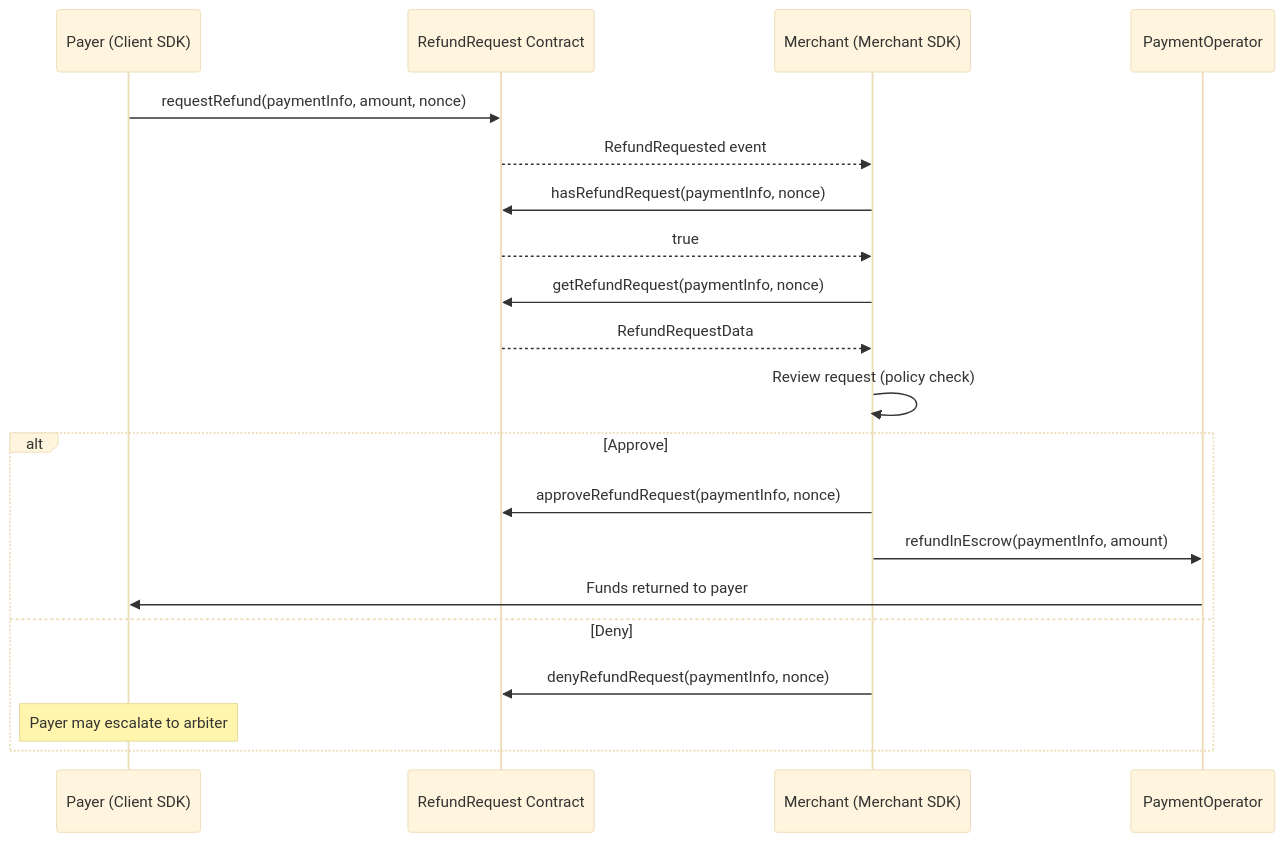
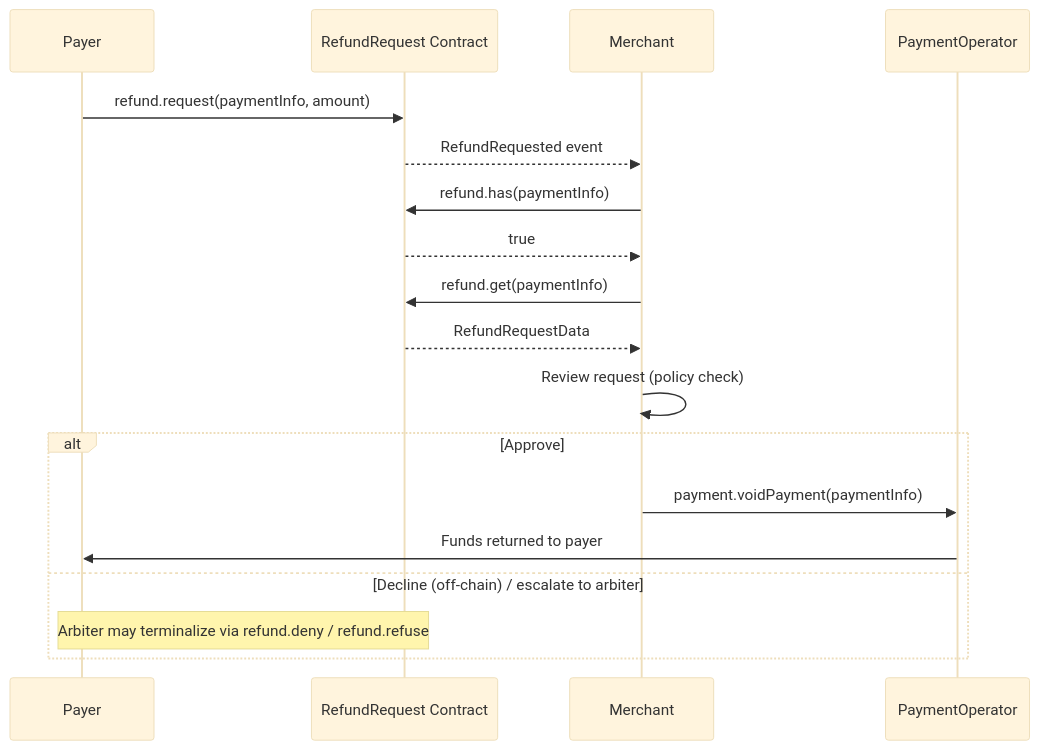
One commit to BackTrackCo/docs changed the diagram in sdk/merchant/refund-handling.mdx. Above: the diagram before and after it, drawn with Mermaid (base theme). The commit also changed other lines of this file and 78 other files, not shown here.

````diff
--- a/sdk/merchant/refund-handling.mdx
+++ b/sdk/merchant/refund-handling.mdx
@@ -268,26 +224,24 @@
 ```mermaid
 sequenceDiagram
-    participant P as Payer (Client SDK)
+    participant P as Payer
     participant R as RefundRequest Contract
-    participant M as Merchant (Merchant SDK)
+    participant M as Merchant
     participant O as PaymentOperator
 
-    P->>R: requestRefund(paymentInfo, amount, nonce)
+    P->>R: refund.request(paymentInfo, amount)
     R-->>M: RefundRequested event
 
-    M->>R: hasRefundRequest(paymentInfo, nonce)
+    M->>R: refund.has(paymentInfo)
     R-->>M: true
-    M->>R: getRefundRequest(paymentInfo, nonce)
+    M->>R: refund.get(paymentInfo)
     R-->>M: RefundRequestData
 
     M->>M: Review request (policy check)
 
     alt Approve
-        M->>R: approveRefundRequest(paymentInfo, nonce)
-        M->>O: refundInEscrow(paymentInfo, amount)
+        M->>O: payment.voidPayment(paymentInfo)
         O->>P: Funds returned to payer
-    else Deny
-        M->>R: denyRefundRequest(paymentInfo, nonce)
-        Note over P: Payer may escalate to arbiter
+    else Decline (off-chain) / escalate to arbiter
+        Note over P,R: Arbiter may terminalize via refund.deny / refund.refuse
     end
 ```
````
